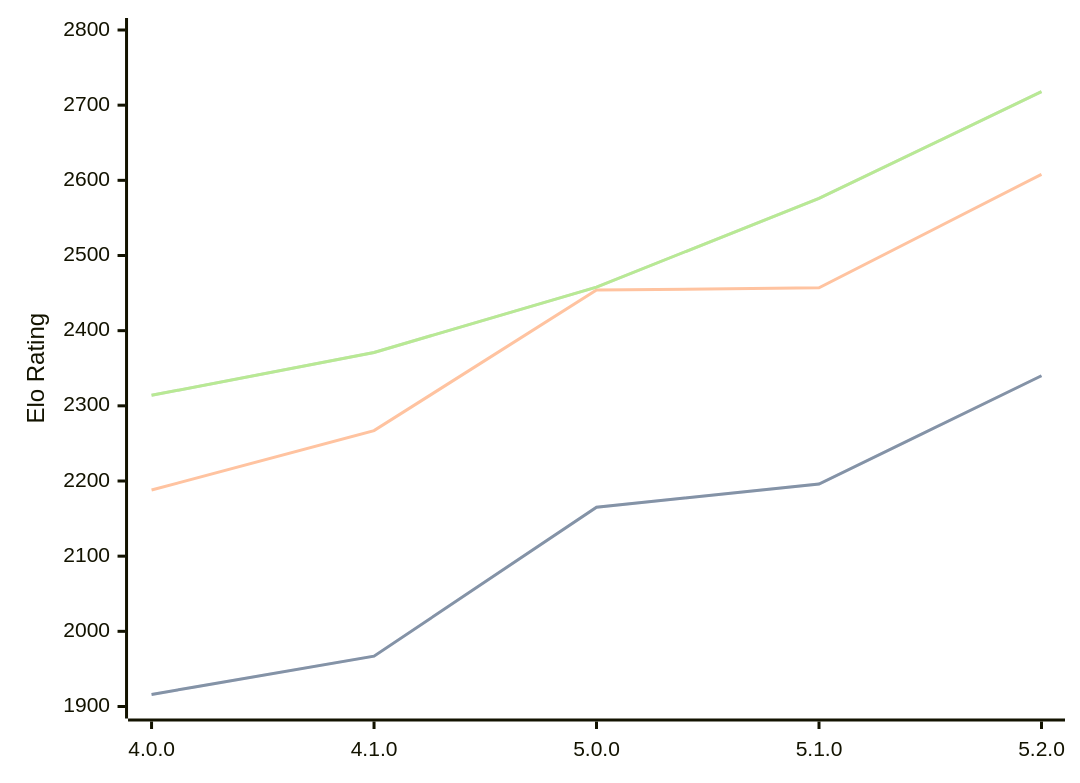
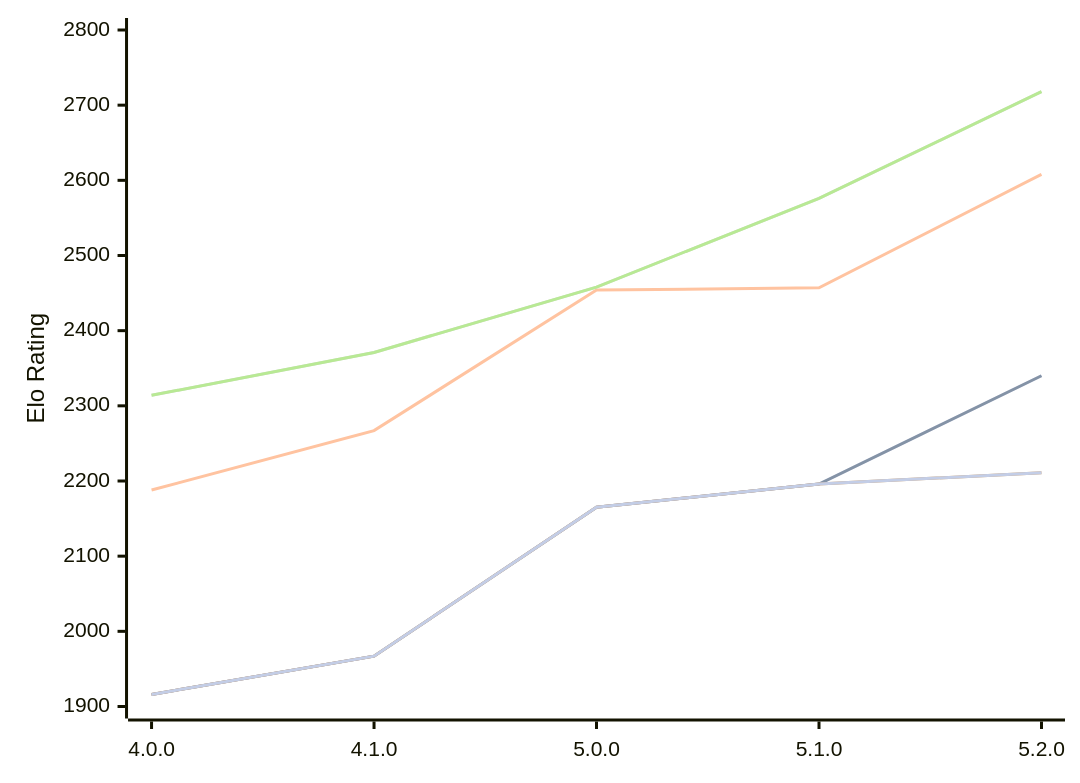
The diagram in engines/Aconcagua.md (computer-chess-index/cci), drawn with Mermaid before and after one commit. The commit also changed other lines of this file, not shown here.

Commit message:
Update CCI Ratings (ELO VLTC) - 2026-10-11

````diff
--- a/engines/Aconcagua.md
+++ b/engines/Aconcagua.md
@@ -51,16 +51,13 @@
 ```mermaid
 %%{init: {"theme":"base","themeVariables":{"seriesColors:['#a3a3a3','#222221','#faa371']}}}%%
 xychart-beta
   x-axis ["4.0.0", "4.1.0", "5.0.0", "5.1.0", "5.2.0"]
   y-axis "Elo Rating" 1900 --> 2800
   line "" [1916, 1967, 2165, 2196, 2340]
   line "T1: STC (8.0+0.08s)" [1916, 1967, 2165, 2196, 2340]
   line "T1: LTC (60.0+0.60s)" [2188, 2267, 2454, 2457, 2608]
   line "" [2314, 2371, 2458, 2576, 2718]
   line "T1: VLTC (2m24s+1.12s)" [2314, 2371, 2458, 2576, 2718]
-  line "" [2203]
-  line "E1: STC (8.0+0.08s)" [2203]
-  line "E1: LTC (60.0+0.60s)" [2523]
-  line "" [2630]
-  line "E1: VLTC (2m24s+1.12s)" [2630]
+  line "" [1916, 1967, 2165, 2196,2211]
+  line "E1: STC (8.0+0.08s)" [1916, 1967, 2165, 2196,2211]
 ```
````
